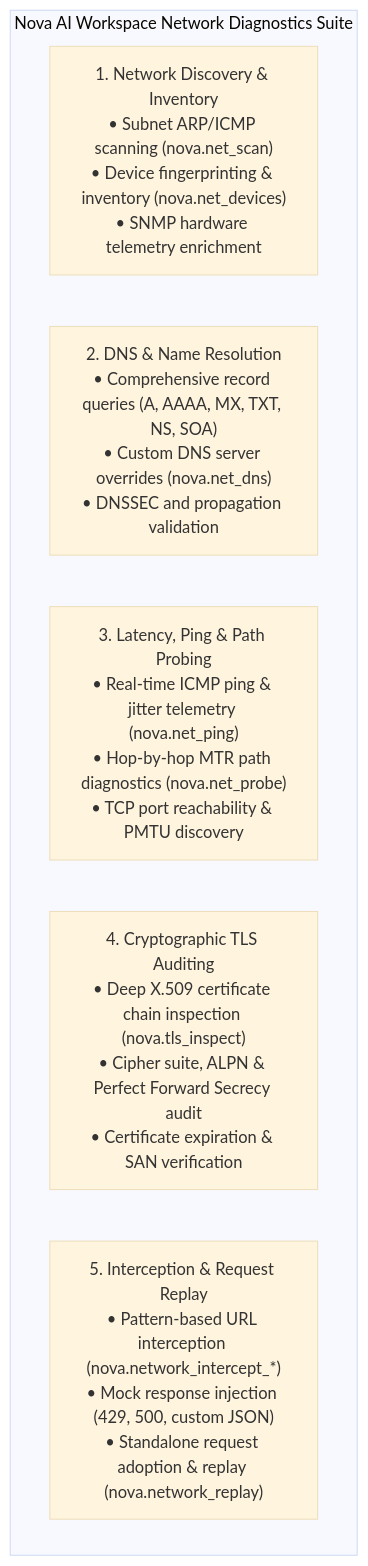
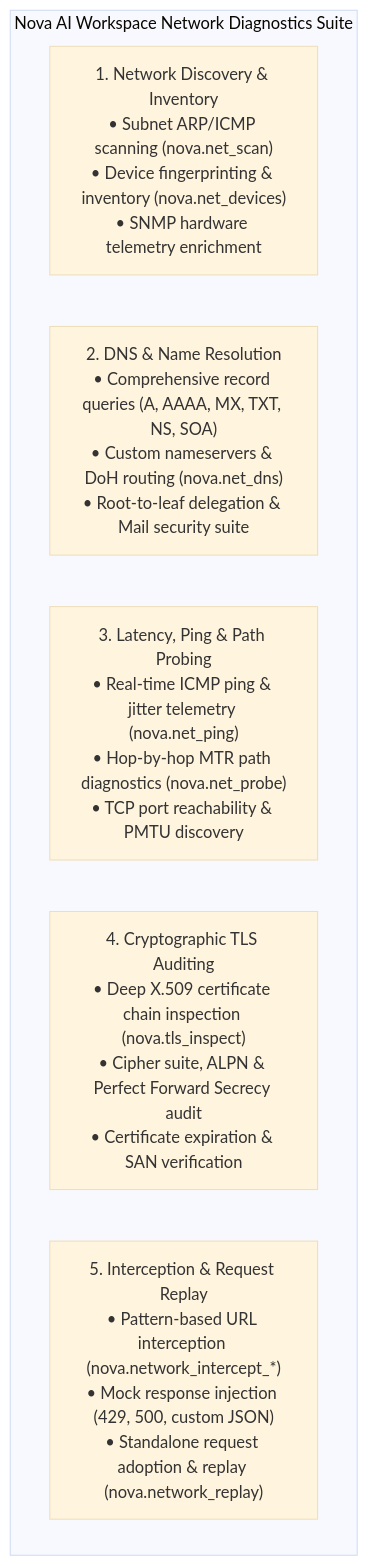
Before and after one commit to joelaniol/nova: the first of 3 diagrams in docs/user-guide/tools/network-and-diagnostics.md, drawn with Mermaid (base theme). The commit also changed other lines of this file and 2 other files, not shown here.

Commit message:
docs(user-guide): expand DNS nameserver diagnostics, DoH routing, and tab automation

````diff
--- a/docs/user-guide/tools/network-and-diagnostics.md
+++ b/docs/user-guide/tools/network-and-diagnostics.md
@@ -14,10 +14,10 @@
 ```mermaid
 flowchart TD
     subgraph UI ["Nova AI Workspace Network Diagnostics Suite"]
         D1["1. Network Discovery & Inventory<br/>• Subnet ARP/ICMP scanning (nova.net_scan)<br/>• Device fingerprinting & inventory (nova.net_devices)<br/>• SNMP hardware telemetry enrichment"]
-        D2["2. DNS & Name Resolution<br/>• Comprehensive record queries (A, AAAA, MX, TXT, NS, SOA)<br/>• Custom DNS server overrides (nova.net_dns)<br/>• DNSSEC and propagation validation"]
+        D2["2. DNS & Name Resolution<br/>• Comprehensive record queries (A, AAAA, MX, TXT, NS, SOA)<br/>• Custom nameservers & DoH routing (nova.net_dns)<br/>• Root-to-leaf delegation & Mail security suite"]
         D3["3. Latency, Ping & Path Probing<br/>• Real-time ICMP ping & jitter telemetry (nova.net_ping)<br/>• Hop-by-hop MTR path diagnostics (nova.net_probe)<br/>• TCP port reachability & PMTU discovery"]
         D4["4. Cryptographic TLS Auditing<br/>• Deep X.509 certificate chain inspection (nova.tls_inspect)<br/>• Cipher suite, ALPN & Perfect Forward Secrecy audit<br/>• Certificate expiration & SAN verification"]
         D5["5. Interception & Request Replay<br/>• Pattern-based URL interception (nova.network_intercept_*)<br/>• Mock response injection (429, 500, custom JSON)<br/>• Standalone request adoption & replay (nova.network_replay)"]
     end
 ```
````
